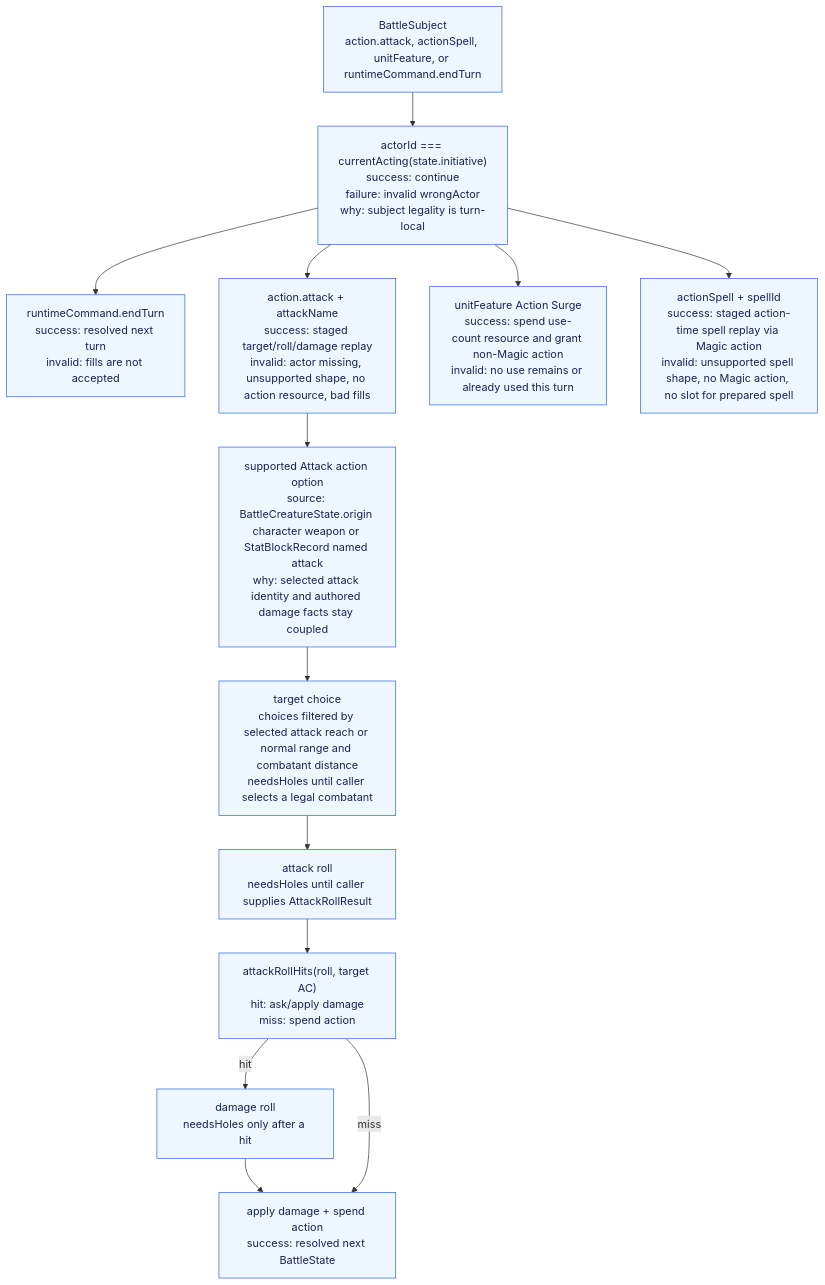
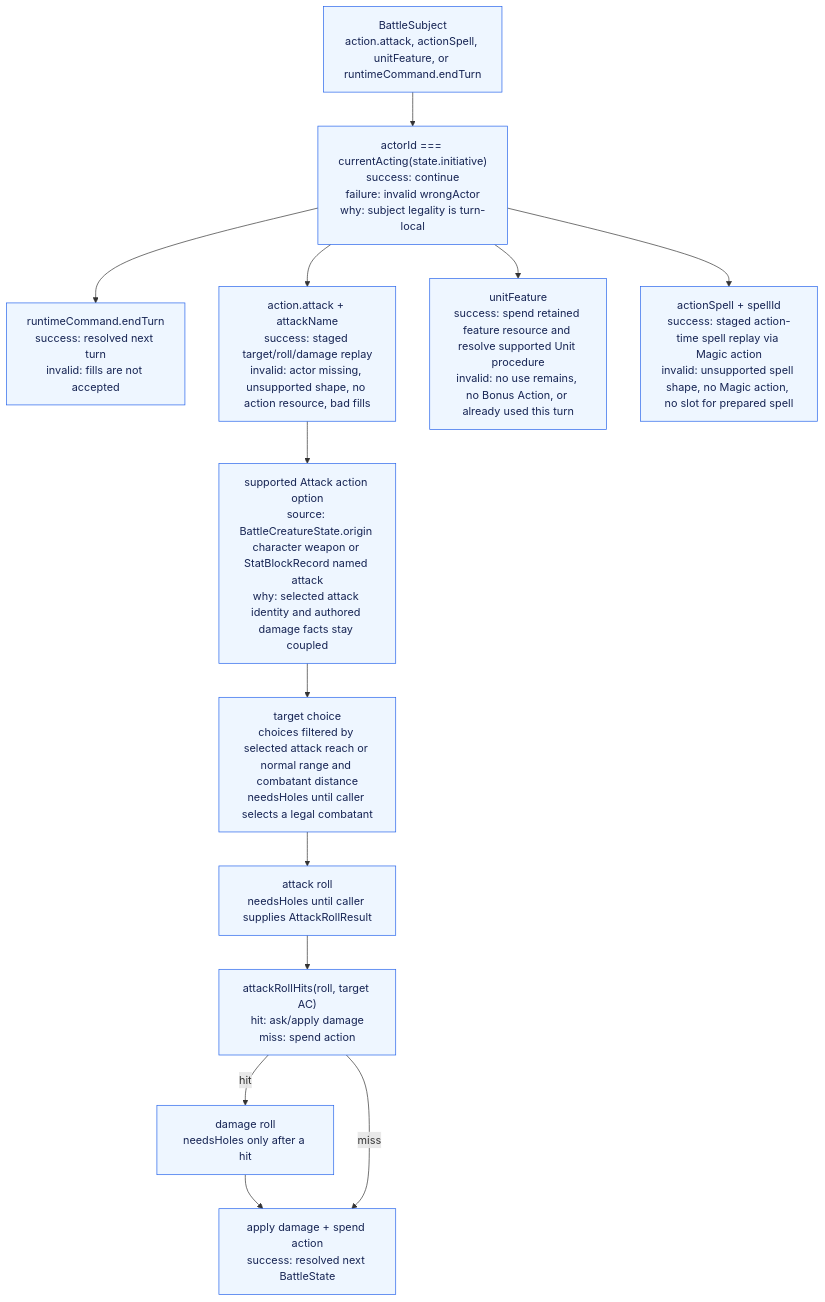
Before and after one commit to dearlordylord/5e-quint: the second of 2 diagrams in packages/battle-runtime/ARCHITECTURE_GRAPH.md, drawn with Mermaid. The commit also changed other lines of this file and 13 other files, not shown here.

````diff
--- a/packages/battle-runtime/ARCHITECTURE_GRAPH.md
+++ b/packages/battle-runtime/ARCHITECTURE_GRAPH.md
@@ -86,26 +86,26 @@
 ```mermaid
 flowchart TD
   Subject["BattleSubject<br/>action.attack, actionSpell, unitFeature, or runtimeCommand.endTurn"]
   CurrentActor["actorId === currentActing(state.initiative)<br/>success: continue<br/>failure: invalid wrongActor<br/>why: subject legality is turn-local"]
   EndTurn["runtimeCommand.endTurn<br/>success: resolved next turn<br/>invalid: fills are not accepted"]
   Attack["action.attack + attackName<br/>success: staged target/roll/damage replay<br/>invalid: actor missing, unsupported shape, no action resource, bad fills"]
-  UnitFeature["unitFeature Action Surge<br/>success: spend use-count resource and grant non-Magic action<br/>invalid: no use remains or already used this turn"]
+  UnitFeature["unitFeature<br/>success: spend retained feature resource and resolve supported Unit procedure<br/>invalid: no use remains, no Bonus Action, or already used this turn"]
   Magic["actionSpell + spellId<br/>success: staged action-time spell replay via Magic action<br/>invalid: unsupported spell shape, no Magic action, no slot for prepared spell"]
   AttackOption["supported Attack action option<br/>source: BattleCreatureState.origin character weapon or StatBlockRecord named attack<br/>why: selected attack identity and authored damage facts stay coupled"]
   Target["target choice<br/>choices filtered by selected attack reach or normal range and combatant distance<br/>needsHoles until caller selects a legal combatant"]
   Roll["attack roll<br/>needsHoles until caller supplies AttackRollResult"]
   HitCheck["attackRollHits(roll, target AC)<br/>hit: ask/apply damage<br/>miss: spend action"]
   DamageHole["damage roll<br/>needsHoles only after a hit"]
   Apply["apply damage + spend action<br/>success: resolved next BattleState"]
 
   Subject --> CurrentActor
   CurrentActor --> EndTurn
   CurrentActor --> Attack --> AttackOption --> Target --> Roll --> HitCheck
   CurrentActor --> UnitFeature
   CurrentActor --> Magic
   HitCheck -->|hit| DamageHole --> Apply
   HitCheck -->|miss| Apply
 
   classDef implemented fill:#eef6ff,stroke:#2563eb,color:#172554;
   class Subject,CurrentActor,EndTurn,Attack,UnitFeature,Magic,AttackOption,Target,Roll,HitCheck,DamageHole,Apply implemented;
 ```
````
